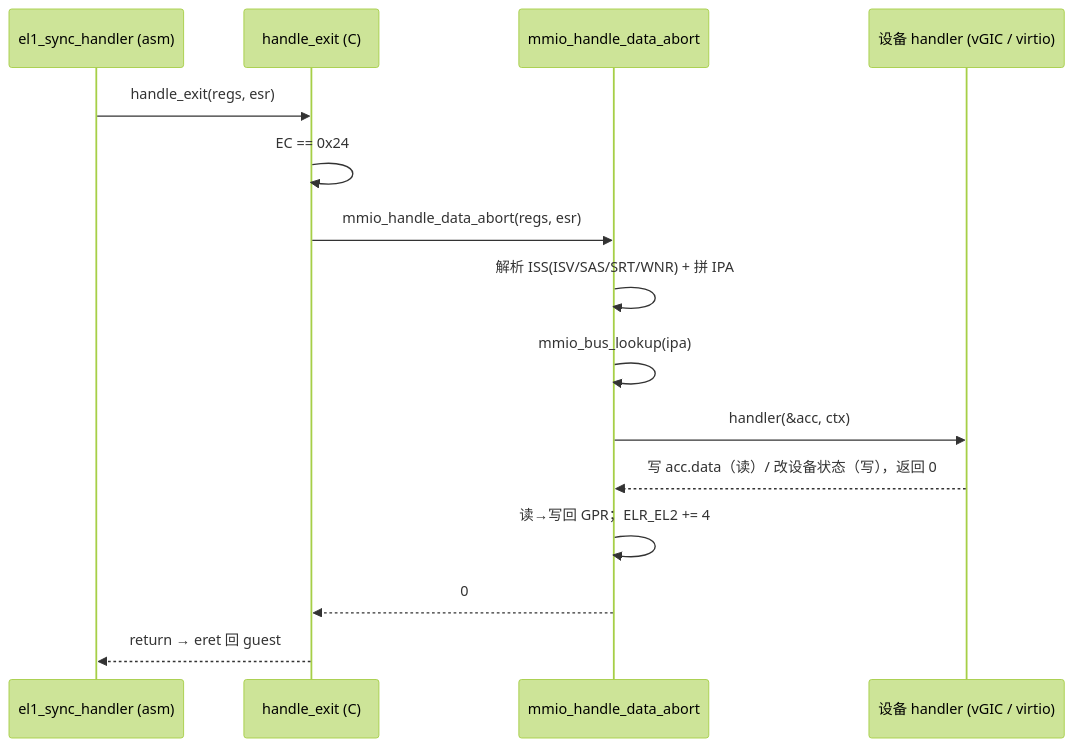
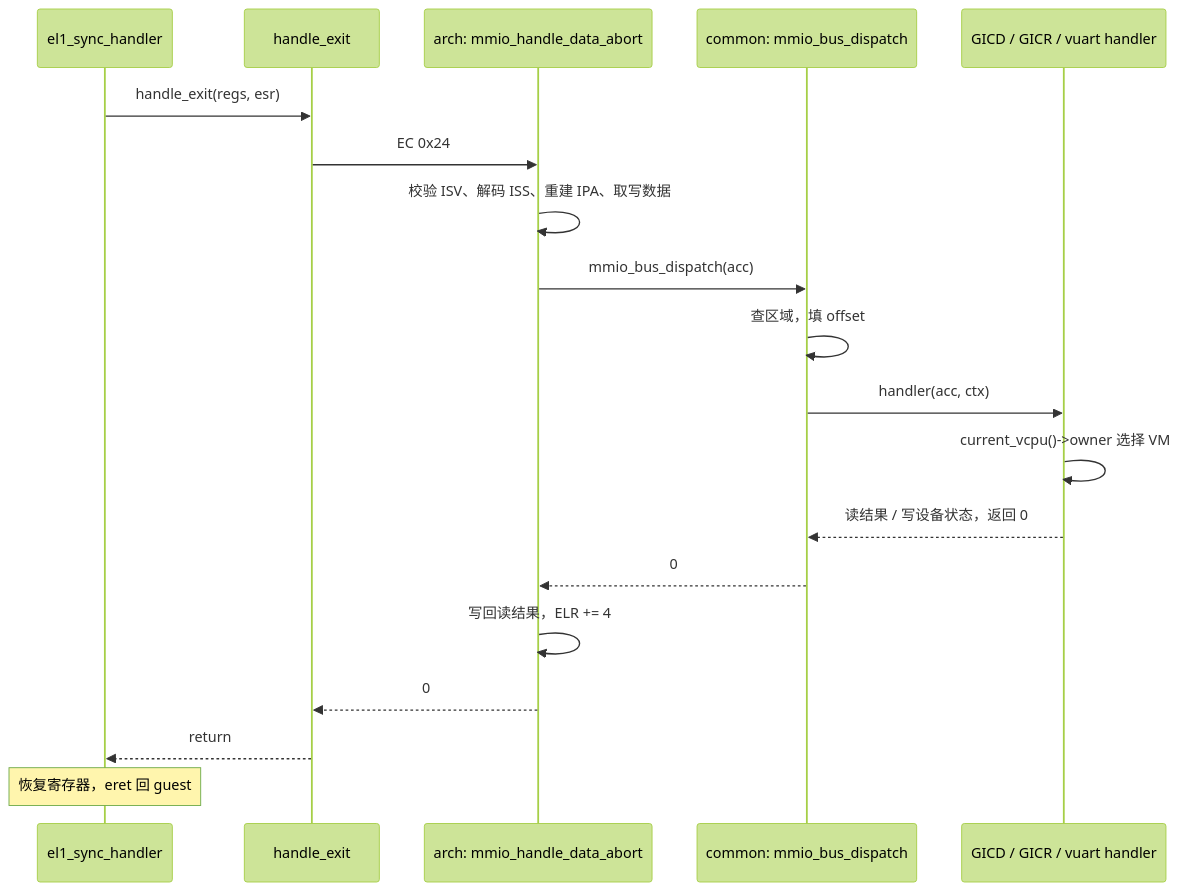
Before and after one commit to James7zy/hypervisor: the second of 2 diagrams in docs/reference/arm/handle-exit-dispatch.md, drawn with Mermaid (forest theme). The commit also changed other lines of this file and 14 other files, not shown here.

First line of the commit message:
[docs][docs] architecture: Refresh guidance after boundary extraction

````diff
--- a/docs/reference/arm/handle-exit-dispatch.md
+++ b/docs/reference/arm/handle-exit-dispatch.md
@@ -155,18 +125,21 @@
 ```mermaid
 sequenceDiagram
-    participant H as el1_sync_handler (asm)
-    participant E as handle_exit (C)
-    participant M as mmio_handle_data_abort
-    participant D as 设备 handler (vGIC / virtio)
-
-    H->>E: handle_exit(regs, esr)
-    E->>E: EC == 0x24
-    E->>M: mmio_handle_data_abort(regs, esr)
-    M->>M: 解析 ISS(ISV/SAS/SRT/WNR) + 拼 IPA
-    M->>M: mmio_bus_lookup(ipa)
-    M->>D: handler(&acc, ctx)
-    D-->>M: 写 acc.data（读）/ 改设备状态（写），返回 0
-    M->>M: 读→写回 GPR；ELR_EL2 += 4
-    M-->>E: 0
-    E-->>H: return → eret 回 guest
+    participant S as el1_sync_handler
+    participant E as handle_exit
+    participant A as arch: mmio_handle_data_abort
+    participant B as common: mmio_bus_dispatch
+    participant D as GICD / GICR / vuart handler
+    S->>E: handle_exit(regs, esr)
+    E->>A: EC 0x24
+    A->>A: 校验 ISV、解码 ISS、重建 IPA、取写数据
+    A->>B: mmio_bus_dispatch(acc)
+    B->>B: 查区域，填 offset
+    B->>D: handler(acc, ctx)
+    D->>D: current_vcpu()->owner 选择 VM
+    D-->>B: 读结果 / 写设备状态，返回 0
+    B-->>A: 0
+    A->>A: 写回读结果，ELR += 4
+    A-->>E: 0
+    E-->>S: return
+    Note over S: 恢复寄存器，eret 回 guest
 ```
````
